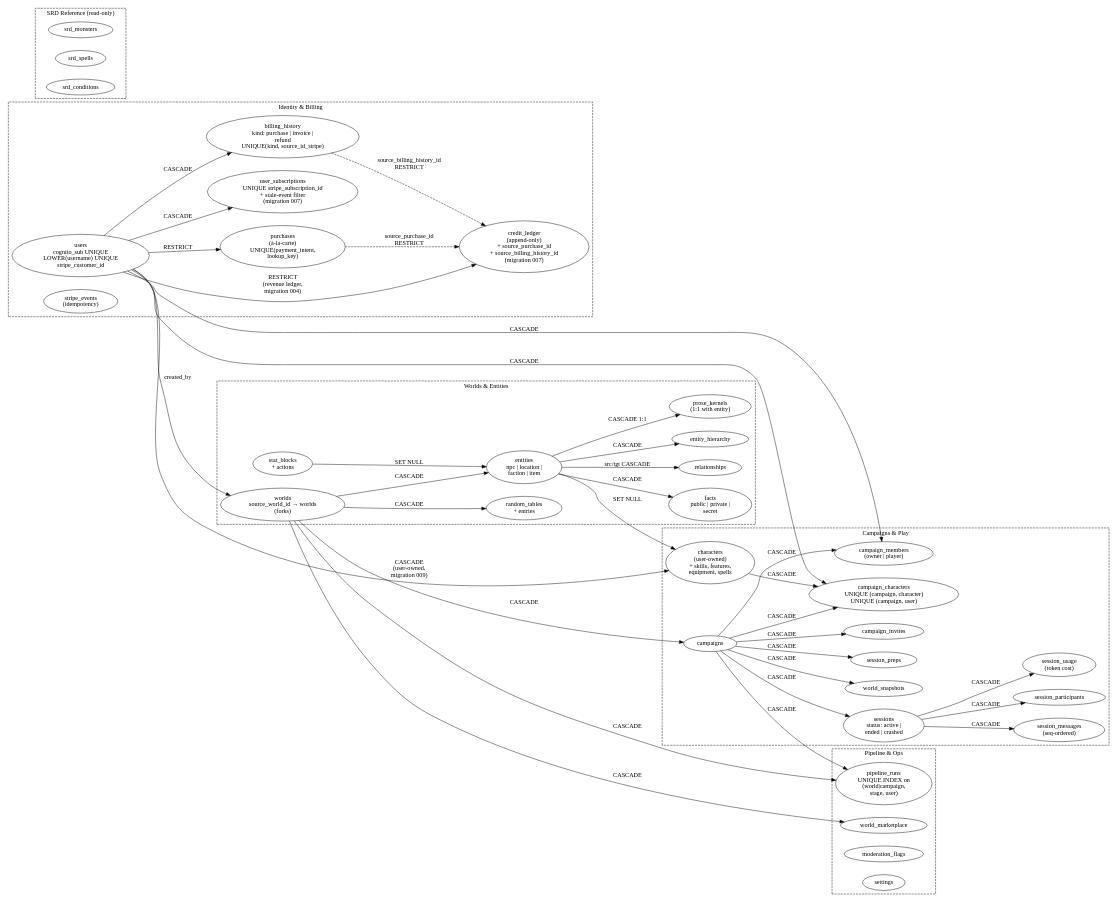
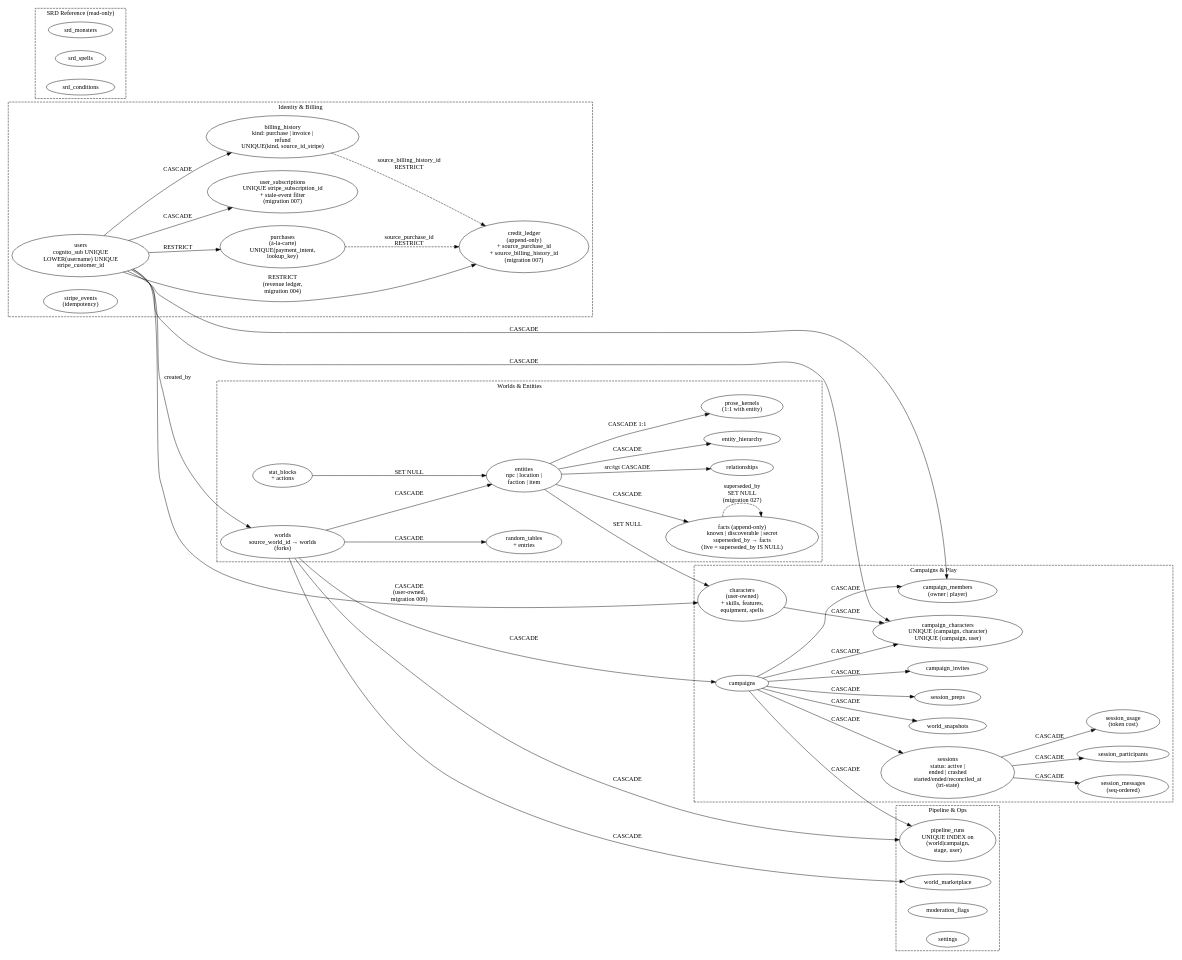
Before and after one commit to mythrun/mythrun: the diagram in docs/wiki/diagrams/data/schema.dot, drawn with Graphviz. The commit also changed 45 other files, not shown here.

```diff
--- a/docs/wiki/diagrams/data/schema.dot
+++ b/docs/wiki/diagrams/data/schema.dot
@@ -1,122 +1,123 @@
 digraph schema {
   // High-level entity-relationship view of the initial schema. Boxes are
   // table clusters grouped by responsibility; edges are FK relationships.
   // Per-column detail belongs in the appendix and the migration files,
   // not on the diagram.
   rankdir=LR;
   compound=true;
   nodesep=0.4;
   ranksep=0.7;
 
   subgraph cluster_identity {
     label="Identity & Billing";
     style="dashed";
     color="ember";
     fontcolor="ember";
 
     users   [label="users\ncognito_sub UNIQUE\nLOWER(username) UNIQUE\nstripe_customer_id"];
     ledger  [label="credit_ledger\n(append-only)\n+ source_purchase_id\n+ source_billing_history_id\n(migration 007)"];
     stripe  [label="stripe_events\n(idempotency)"];
     purchs  [label="purchases\n(à-la-carte)\nUNIQUE(payment_intent,\nlookup_key)"];
     subs    [label="user_subscriptions\nUNIQUE stripe_subscription_id\n+ stale-event filter\n(migration 007)"];
     bhist   [label="billing_history\nkind: purchase | invoice |\nrefund\nUNIQUE(kind, source_id_stripe)"];
   }
 
   subgraph cluster_world {
     label="Worlds & Entities";
     style="dashed";
     color="ember";
     fontcolor="ember";
 
     worlds   [label="worlds\nsource_world_id → worlds\n(forks)"];
     entities [label="entities\nnpc | location |\nfaction | item"];
     kernels  [label="prose_kernels\n(1:1 with entity)"];
-    facts    [label="facts\npublic | private |\nsecret"];
+    facts    [label="facts (append-only)\nknown | discoverable | secret\nsuperseded_by → facts\n(live = superseded_by IS NULL)", color="ember", fontcolor="ember"];
     rels     [label="relationships"];
     hier     [label="entity_hierarchy"];
     rtables  [label="random_tables\n+ entries"];
     statbk   [label="stat_blocks\n+ actions"];
   }
 
   subgraph cluster_campaign {
     label="Campaigns & Play";
     style="dashed";
     color="ember";
     fontcolor="ember";
 
     camps     [label="campaigns"];
     members   [label="campaign_members\n(owner | player)"];
     invites   [label="campaign_invites"];
     chars     [label="characters\n(user-owned)\n+ skills, features,\nequipment, spells"];
     campchars [label="campaign_characters\nUNIQUE (campaign, character)\nUNIQUE (campaign, user)"];
-    sessions  [label="sessions\nstatus: active |\nended | crashed"];
+    sessions  [label="sessions\nstatus: active |\nended | crashed\nstarted/ended/reconciled_at\n(tri-state)"];
     msgs      [label="session_messages\n(seq-ordered)"];
     parts     [label="session_participants"];
     snaps     [label="world_snapshots"];
     preps     [label="session_preps"];
     usage     [label="session_usage\n(token cost)"];
   }
 
   subgraph cluster_ops {
     label="Pipeline & Ops";
     style="dashed";
     color="ember";
     fontcolor="ember";
 
     runs    [label="pipeline_runs\nUNIQUE INDEX on\n(world|campaign,\nstage, user)"];
     market  [label="world_marketplace"];
     flags   [label="moderation_flags"];
     sets    [label="settings"];
   }
 
   subgraph cluster_srd {
     label="SRD Reference (read-only)";
     style="dashed";
     color="ember";
     fontcolor="ember";
 
     monsters [label="srd_monsters"];
     spells   [label="srd_spells"];
     conds    [label="srd_conditions"];
   }
 
   // Identity edges
   users  -> ledger   [label="RESTRICT\n(revenue ledger,\nmigration 004)"];
   users  -> purchs   [label="RESTRICT"];
   users  -> subs     [label="CASCADE"];
   users  -> bhist    [label="CASCADE"];
   purchs -> ledger   [label="source_purchase_id\nRESTRICT", style=dashed];
   bhist  -> ledger   [label="source_billing_history_id\nRESTRICT", style=dashed];
 
   // Worlds edges
   users    -> worlds   [label="created_by"];
   worlds   -> entities [label="CASCADE"];
   entities -> kernels  [label="CASCADE 1:1"];
   entities -> facts    [label="CASCADE"];
+  facts    -> facts    [label="superseded_by\nSET NULL\n(migration 027)", style=dashed, color="ember"];
   entities -> rels     [label="src/tgt CASCADE"];
   entities -> hier     [label="CASCADE"];
   worlds   -> rtables  [label="CASCADE"];
   statbk   -> entities [label="SET NULL"];
 
   // Campaign edges
   worlds  -> camps    [label="CASCADE"];
   camps   -> members  [label="CASCADE"];
   users   -> members  [label="CASCADE"];
   camps   -> invites  [label="CASCADE"];
   users   -> chars    [label="CASCADE\n(user-owned,\nmigration 009)"];
   camps   -> campchars [label="CASCADE"];
   chars   -> campchars [label="CASCADE"];
   users   -> campchars [label="CASCADE"];
   entities -> chars   [label="SET NULL"];
   camps   -> sessions [label="CASCADE"];
   sessions -> msgs    [label="CASCADE"];
   sessions -> parts   [label="CASCADE"];
   camps   -> snaps    [label="CASCADE"];
   camps   -> preps    [label="CASCADE"];
   sessions -> usage   [label="CASCADE"];
 
   // Ops edges
   worlds -> runs    [label="CASCADE"];
   camps  -> runs    [label="CASCADE"];
   worlds -> market  [label="CASCADE"];
 }
```
